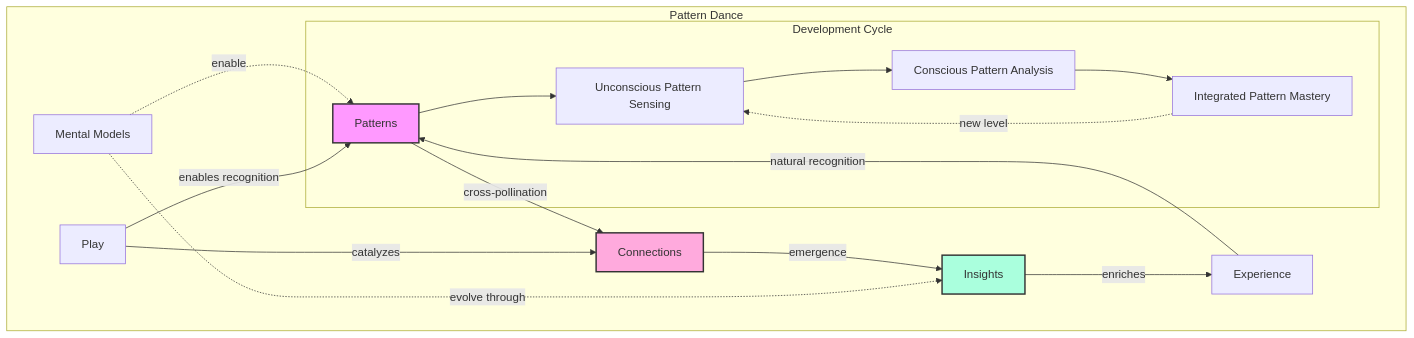
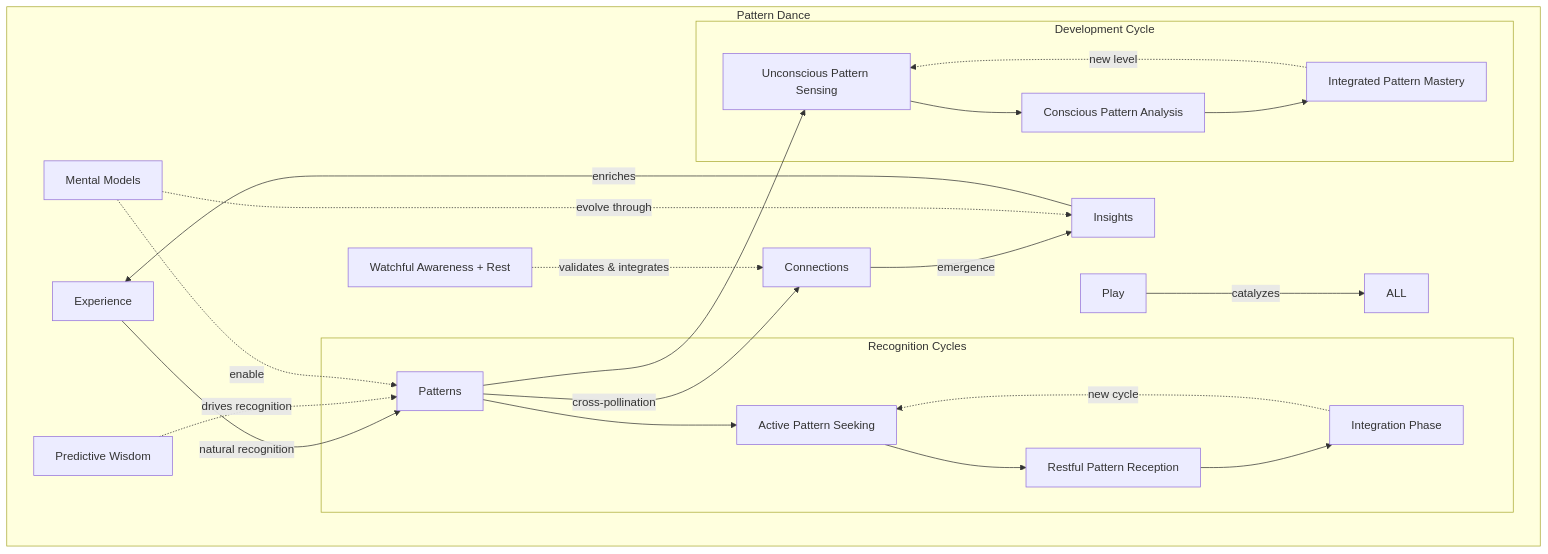
One commit to phillipclapham/neuroweaver changed diagram 16 of 53 in README.md. Above: the diagram before and after it, drawn with Mermaid. The commit also changed other lines of this file, not shown here.

````diff
--- a/README.md
+++ b/README.md
@@ -954,26 +1021,30 @@
 ```mermaid
 graph TD
     subgraph "Pattern Dance"
         E[Experience] -->|natural recognition| P[Patterns]
         P -->|cross-pollination| C[Connections]
         C -->|emergence| I[Insights]
         I -->|enriches| E
 
+        PW[Predictive Wisdom] -.->|drives recognition| P
+        WA_R[Watchful Awareness + Rest] -.->|validates & integrates| C
+        Play[Play] -->|catalyzes| ALL
+
         MM[Mental Models] -.->|enable| P
         MM -.->|evolve through| I
+
+        subgraph "Recognition Cycles"
+            P --> AP[Active Pattern Seeking]
+            AP --> RP[Restful Pattern Reception]
+            RP --> IP[Integration Phase]
+            IP -.->|new cycle| AP
+        end
 
         subgraph "Development Cycle"
             P --> U[Unconscious Pattern Sensing]
             U --> C1[Conscious Pattern Analysis]
             C1 --> I1[Integrated Pattern Mastery]
             I1 -.->|new level| U
         end
-
-        PL[Play] -->|enables recognition| P
-        PL -->|catalyzes| C
     end
-
-    style P fill:#f9f,stroke:#333,stroke-width:2px
-    style C fill:#fad,stroke:#333,stroke-width:2px
-    style I fill:#afd,stroke:#333,stroke-width:2px
 ```
````
